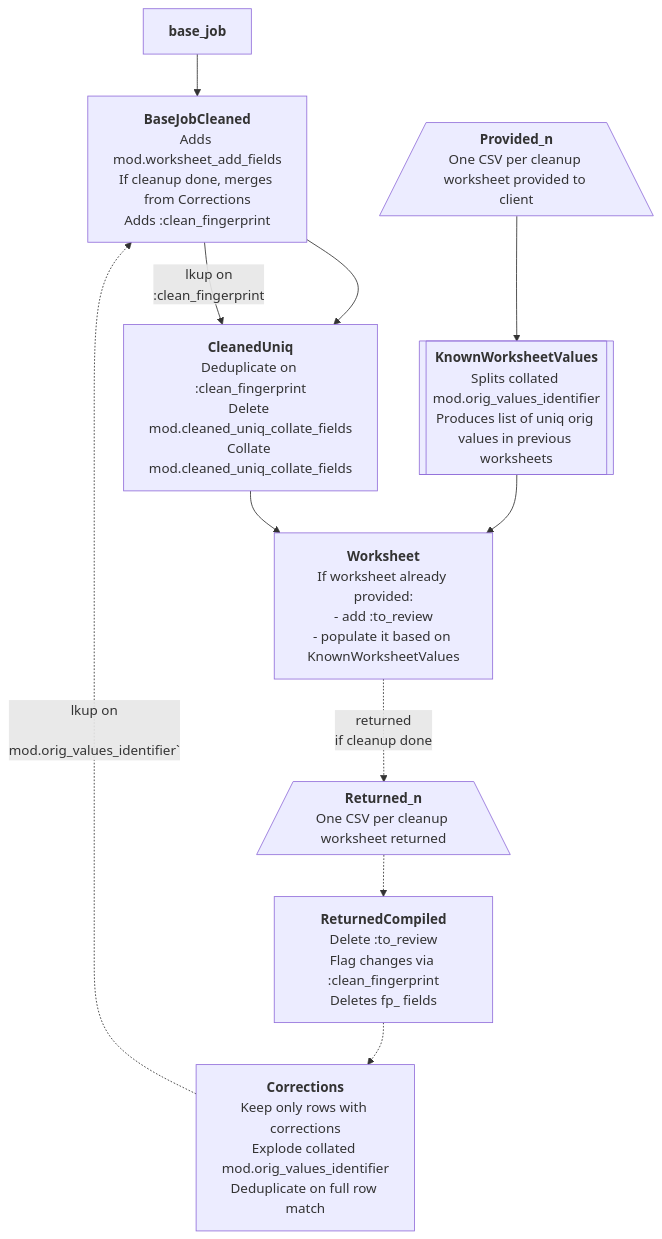
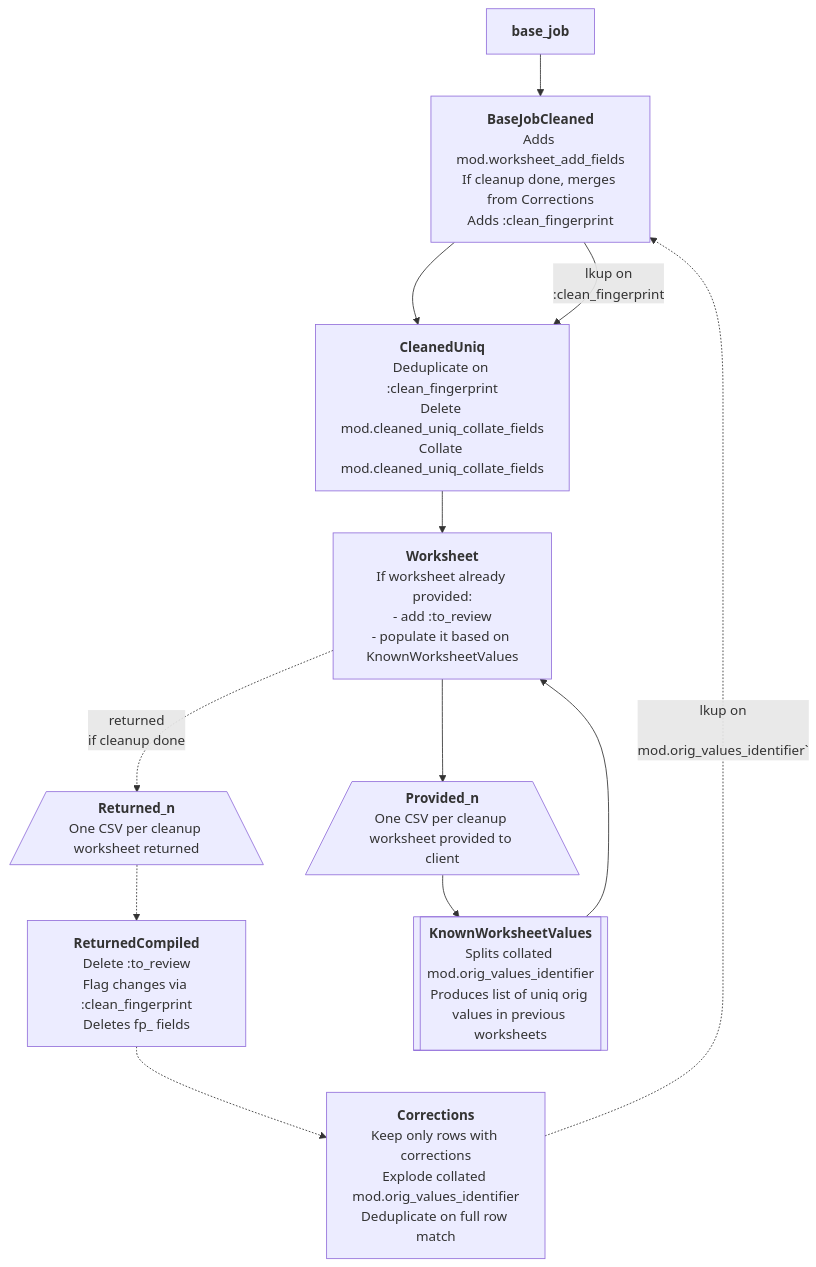
Before and after one commit to lyrasis/kiba-extend: the diagram in doc/iterative_cleanup_flowchart.mmd, drawn with Mermaid. The commit also changed 7 other files, not shown here.

```diff
--- a/doc/iterative_cleanup_flowchart.mmd
+++ b/doc/iterative_cleanup_flowchart.mmd
@@ -1,66 +1,68 @@
 graph TD;
     base_job["`**base_job**`"]
 
     BaseJobCleaned["`**BaseJobCleaned**
     Adds mod.worksheet_add_fields
     If cleanup done, merges from Corrections
     Adds :clean_fingerprint`"]
 
     CleanedUniq["`**CleanedUniq**
     Deduplicate on :clean_fingerprint
     Delete mod.cleaned_uniq_collate_fields
     Collate mod.cleaned_uniq_collate_fields`"]
 
     Worksheet["`**Worksheet**
     If worksheet already provided:
     - add :to_review
     - populate it based on KnownWorksheetValues`"]
 
     Returned[/"`**Returned_n**
     One CSV per cleanup worksheet returned`"\]
 
     Provided[/"`**Provided_n**
     One CSV per cleanup worksheet provided to client`"\]
 
     ReturnedCompiled["`**ReturnedCompiled**
     Delete :to_review
     Flag changes via :clean_fingerprint
     Deletes fp_ fields`"]
 
     KnownWorksheetValues[["`**KnownWorksheetValues**
     Splits collated mod.orig_values_identifier
     Produces list of uniq orig values in previous worksheets`"]]
 
     Corrections["`**Corrections**
     Keep only rows with corrections
     Explode collated mod.orig_values_identifier
     Deduplicate on full row match`"]
 
     base_job-->BaseJobCleaned;
 
     Corrections-.
     "lkup on
     mod.orig_values_identifier`" .->
     BaseJobCleaned;
 
     BaseJobCleaned-->CleanedUniq;
 
     BaseJobCleaned--
     "`lkup on
     :clean_fingerprint`" -->
     CleanedUniq;
 
     CleanedUniq-->Worksheet;
 
     Worksheet-.
     "`returned
     if cleanup done`" .->
     Returned;
 
     Returned-.->ReturnedCompiled;
 
     ReturnedCompiled-.->Corrections;
 
+    Worksheet-->Provided;
+
     Provided-->KnownWorksheetValues;
 
     KnownWorksheetValues-->Worksheet;
```
